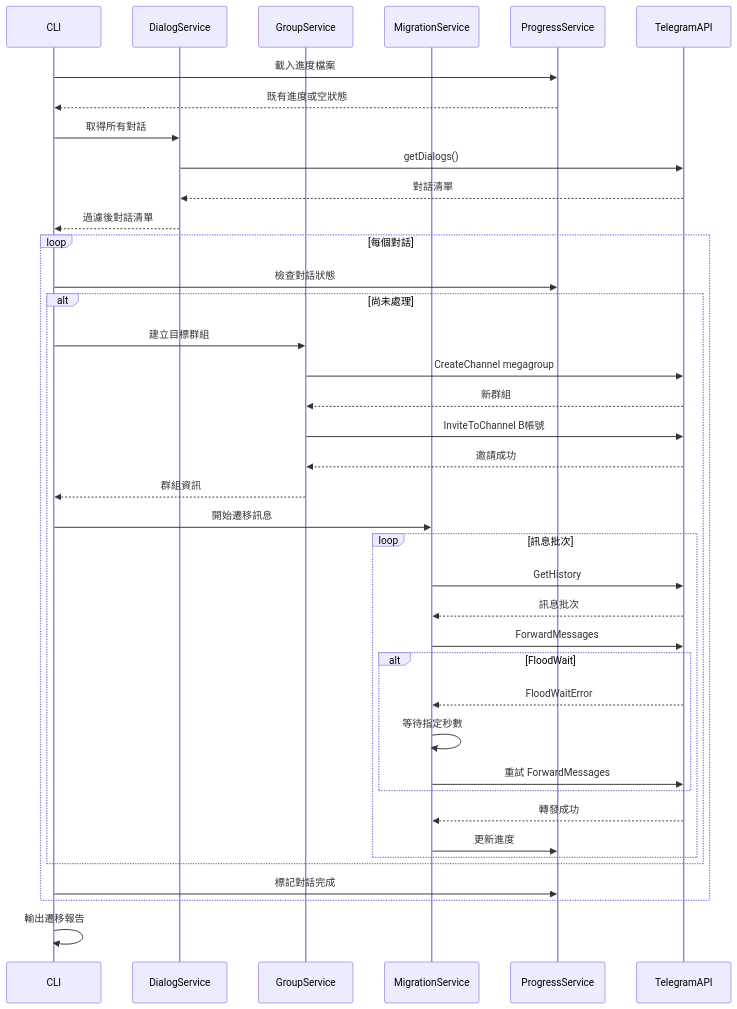
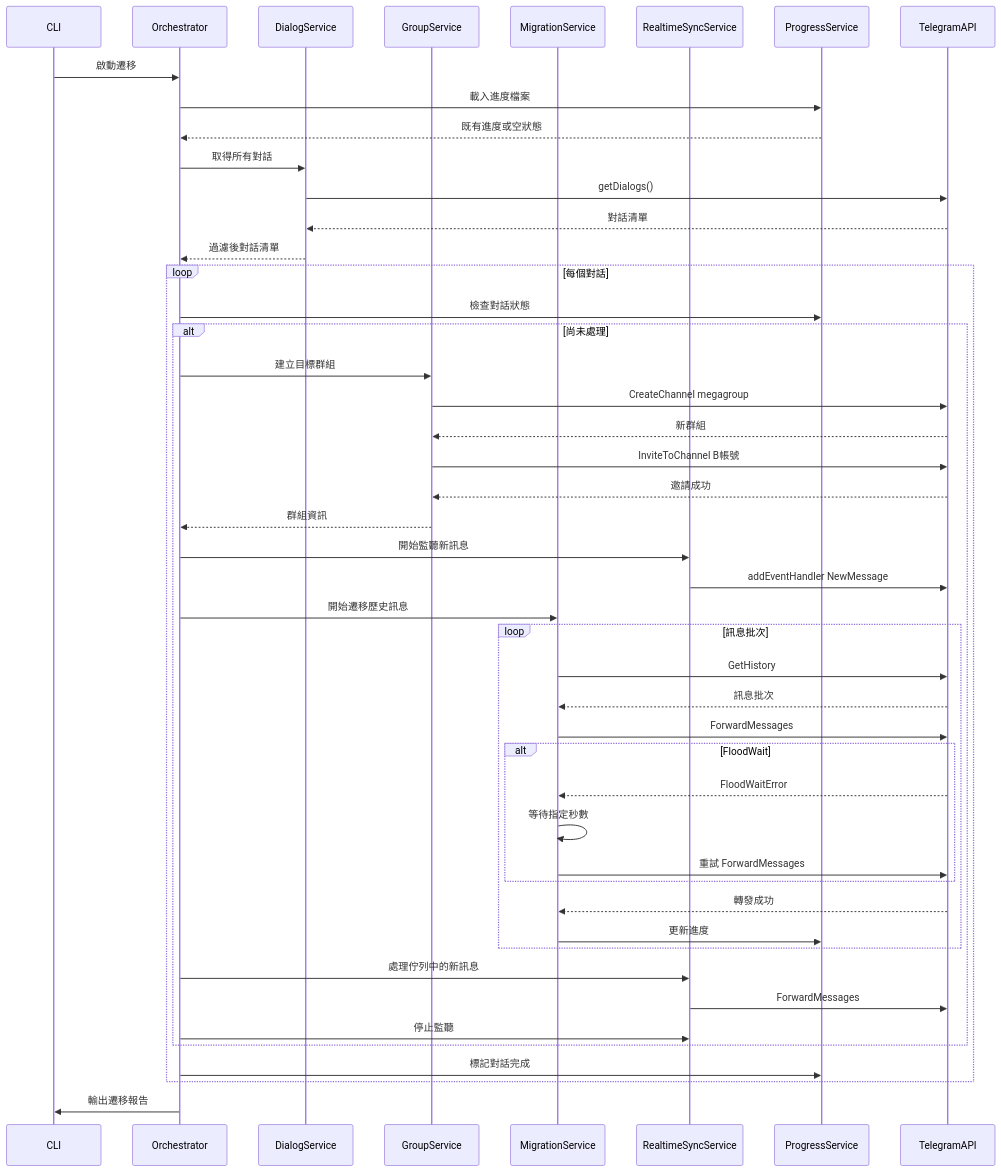
One commit to osmanthustonx/telegram-message-migration changed the third of 6 diagrams in .kiro/specs/telegram-message-migration/design.md. Above: the diagram before and after it, drawn with Mermaid. The commit also changed other lines of this file and 3 other files, not shown here.

````diff
--- a/.kiro/specs/telegram-message-migration/design.md
+++ b/.kiro/specs/telegram-message-migration/design.md
@@ -134,51 +159,61 @@
 ```mermaid
 sequenceDiagram
     participant CLI
+    participant Orchestrator
     participant DialogService
     participant GroupService
     participant MigrationService
+    participant RealtimeSyncService
     participant ProgressService
     participant TelegramAPI
 
-    CLI->>ProgressService: 載入進度檔案
-    ProgressService-->>CLI: 既有進度或空狀態
+    CLI->>Orchestrator: 啟動遷移
+    Orchestrator->>ProgressService: 載入進度檔案
+    ProgressService-->>Orchestrator: 既有進度或空狀態
 
-    CLI->>DialogService: 取得所有對話
+    Orchestrator->>DialogService: 取得所有對話
     DialogService->>TelegramAPI: getDialogs()
     TelegramAPI-->>DialogService: 對話清單
-    DialogService-->>CLI: 過濾後對話清單
+    DialogService-->>Orchestrator: 過濾後對話清單
 
     loop 每個對話
-        CLI->>ProgressService: 檢查對話狀態
+        Orchestrator->>ProgressService: 檢查對話狀態
 
         alt 尚未處理
-            CLI->>GroupService: 建立目標群組
+            Orchestrator->>GroupService: 建立目標群組
             GroupService->>TelegramAPI: CreateChannel megagroup
             TelegramAPI-->>GroupService: 新群組
             GroupService->>TelegramAPI: InviteToChannel B帳號
             TelegramAPI-->>GroupService: 邀請成功
-            GroupService-->>CLI: 群組資訊
+            GroupService-->>Orchestrator: 群組資訊
 
-            CLI->>MigrationService: 開始遷移訊息
+            Orchestrator->>RealtimeSyncService: 開始監聽新訊息
+            RealtimeSyncService->>TelegramAPI: addEventHandler NewMessage
+
+            Orchestrator->>MigrationService: 開始遷移歷史訊息
 
             loop 訊息批次
                 MigrationService->>TelegramAPI: GetHistory
                 TelegramAPI-->>MigrationService: 訊息批次
                 MigrationService->>TelegramAPI: ForwardMessages
 
                 alt FloodWait
                     TelegramAPI-->>MigrationService: FloodWaitError
                     MigrationService->>MigrationService: 等待指定秒數
                     MigrationService->>TelegramAPI: 重試 ForwardMessages
                 end
 
                 TelegramAPI-->>MigrationService: 轉發成功
                 MigrationService->>ProgressService: 更新進度
             end
+
+            Orchestrator->>RealtimeSyncService: 處理佇列中的新訊息
+            RealtimeSyncService->>TelegramAPI: ForwardMessages
+            Orchestrator->>RealtimeSyncService: 停止監聽
         end
 
-        CLI->>ProgressService: 標記對話完成
+        Orchestrator->>ProgressService: 標記對話完成
     end
 
-    CLI->>CLI: 輸出遷移報告
+    Orchestrator->>CLI: 輸出遷移報告
 ```
````
